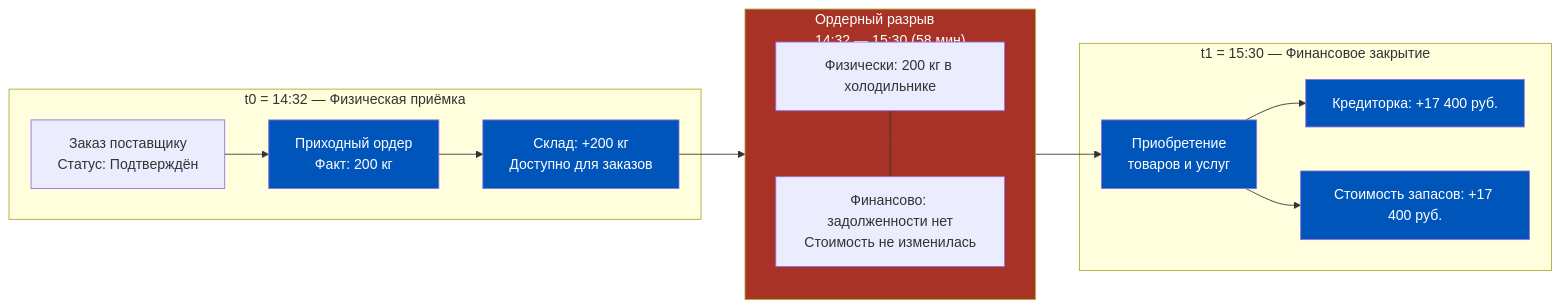
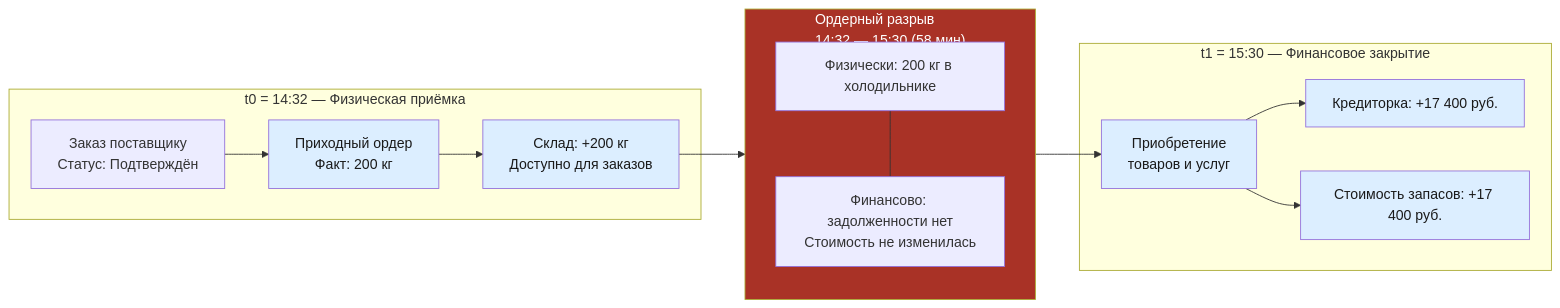
The third of 8 diagrams in content/1c-erp/week_4/Неделя 4 - День 1 - Ордерная схема склада.md (murad1986/1c-erp-quartz), drawn with Mermaid before and after one commit. The commit also changed other lines of this file and 57 other files, not shown here.

First line of the commit message:
fix: Mermaid — пастельные цвета в источниках диаграмм (56 файлов)

````diff
--- a/content/1c-erp/week_4/Неделя 4 - День 1 - Ордерная схема склада.md
+++ b/content/1c-erp/week_4/Неделя 4 - День 1 - Ордерная схема склада.md
@@ -170,32 +170,32 @@
 ```mermaid
 flowchart LR
     subgraph T0["t0 = 14:32 — Физическая приёмка"]
         A1["Заказ поставщику<br/>Статус: Подтверждён"]
         A2["Приходный ордер<br/>Факт: 200 кг"]
         A3["Склад: +200 кг<br/>Доступно для заказов"]
         A1 --> A2 --> A3
     end
 
     subgraph RAZR["Ордерный разрыв<br/>14:32 — 15:30 (58 мин)"]
         B1["Физически: 200 кг в холодильнике"]
         B2["Финансово: задолженности нет<br/>Стоимость не изменилась"]
         B1 --- B2
     end
 
     subgraph T1["t1 = 15:30 — Финансовое закрытие"]
         C1["Приобретение<br/>товаров и услуг"]
         C2["Кредиторка: +17 400 руб."]
         C3["Стоимость запасов: +17 400 руб."]
         C1 --> C2
         C1 --> C3
     end
 
     A3 --> RAZR --> C1
 
-    style A2 fill:#0055BB,color:#fff
-    style A3 fill:#0055BB,color:#fff
+    style A2 fill:#dceeff,color:#1a1a1a
+    style A3 fill:#dceeff,color:#1a1a1a
     style RAZR fill:#A93226,color:#fff
-    style C1 fill:#0055BB,color:#fff
-    style C2 fill:#0055BB,color:#fff
-    style C3 fill:#0055BB,color:#fff
+    style C1 fill:#dceeff,color:#1a1a1a
+    style C2 fill:#dceeff,color:#1a1a1a
+    style C3 fill:#dceeff,color:#1a1a1a
 ```
````
